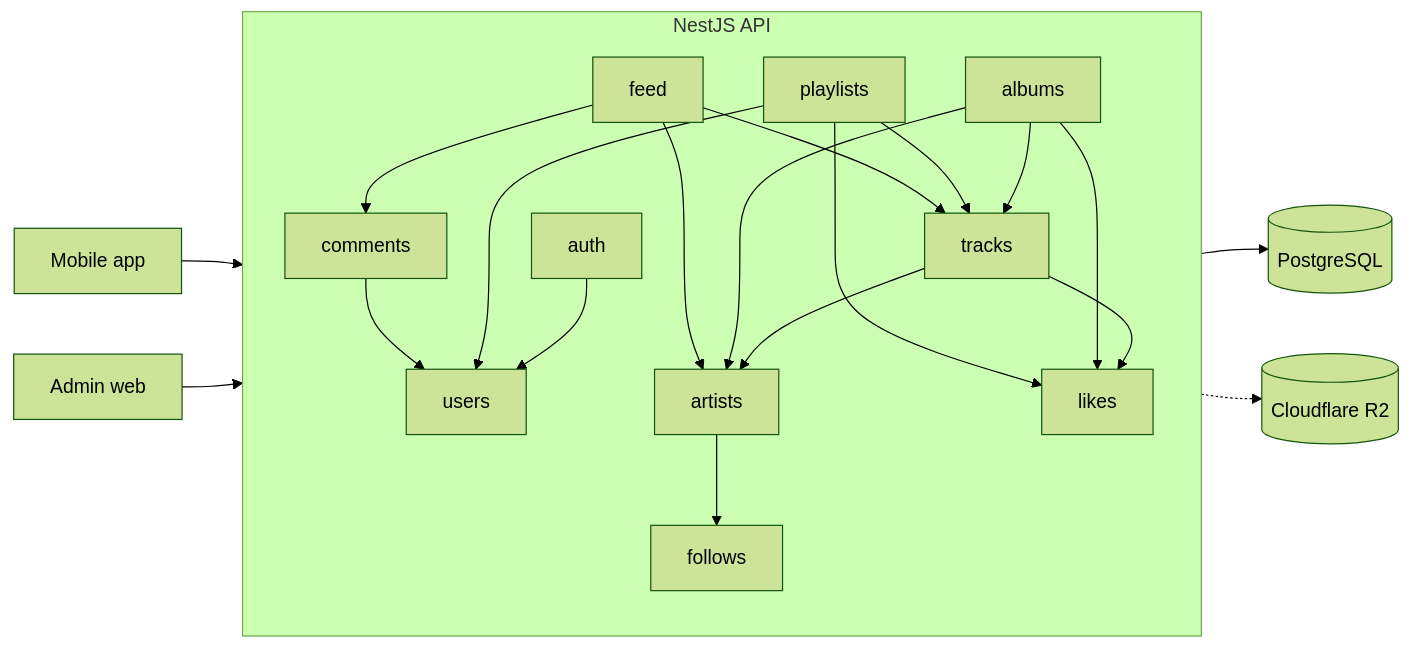
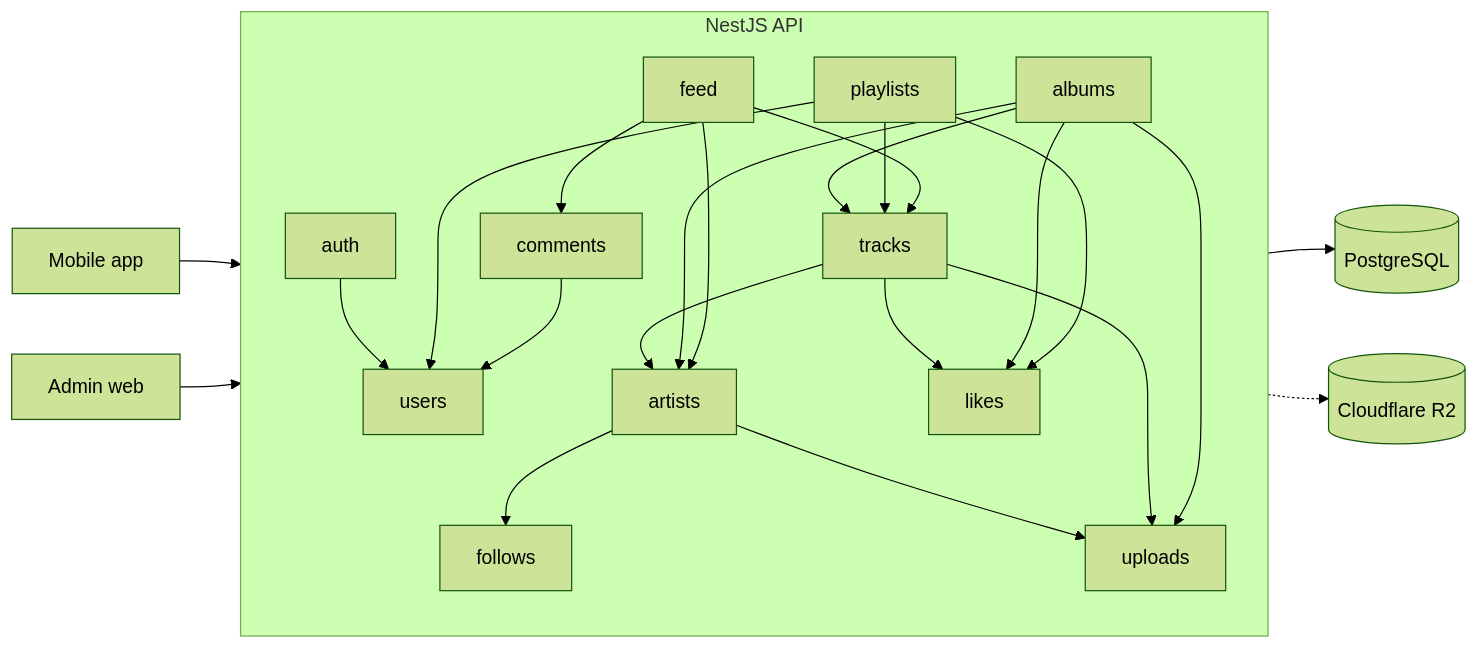
One commit to vinhmai2109551/music-stream-app changed the diagram in README.md. Above: the diagram before and after it, drawn with Mermaid (forest theme).

Commit message:
docs: add uploads to the module graph [SAM1-13]

````diff
--- a/README.md
+++ b/README.md
@@ -165,24 +165,27 @@
 ```mermaid
 flowchart LR
   Mobile[Mobile app] --> API
   Admin[Admin web] --> API
   subgraph API[NestJS API]
     direction TB
     auth --> users
     artists --> follows
+    artists --> uploads
     tracks --> artists
     tracks --> likes
+    tracks --> uploads
     albums --> tracks
     albums --> artists
     albums --> likes
+    albums --> uploads
     playlists --> tracks
     playlists --> likes
     playlists --> users
     comments --> users
     feed --> tracks
     feed --> artists
     feed --> comments
   end
   API --> DB[(PostgreSQL)]
   API -.-> R2[(Cloudflare R2)]
 ```
````
